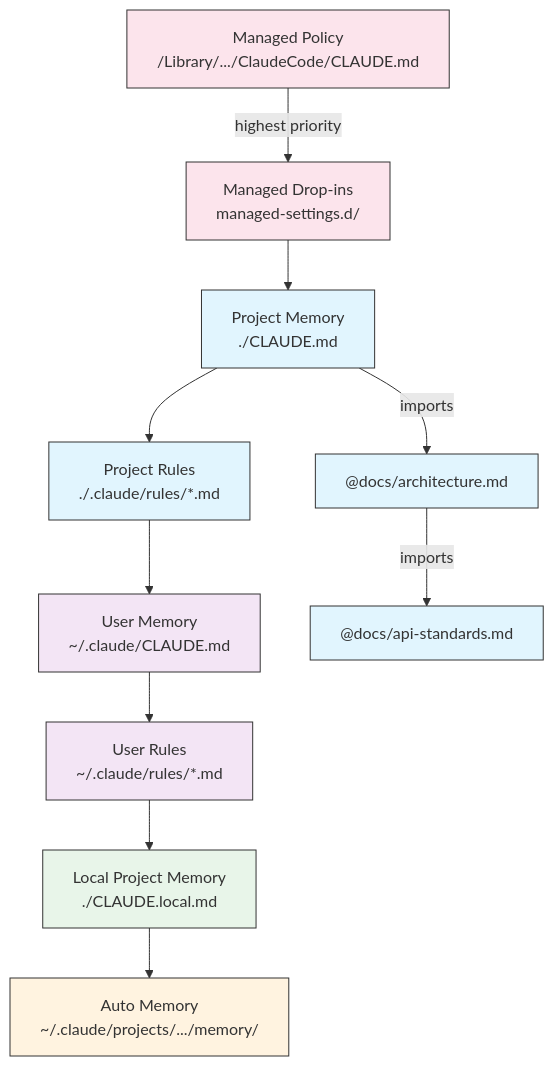
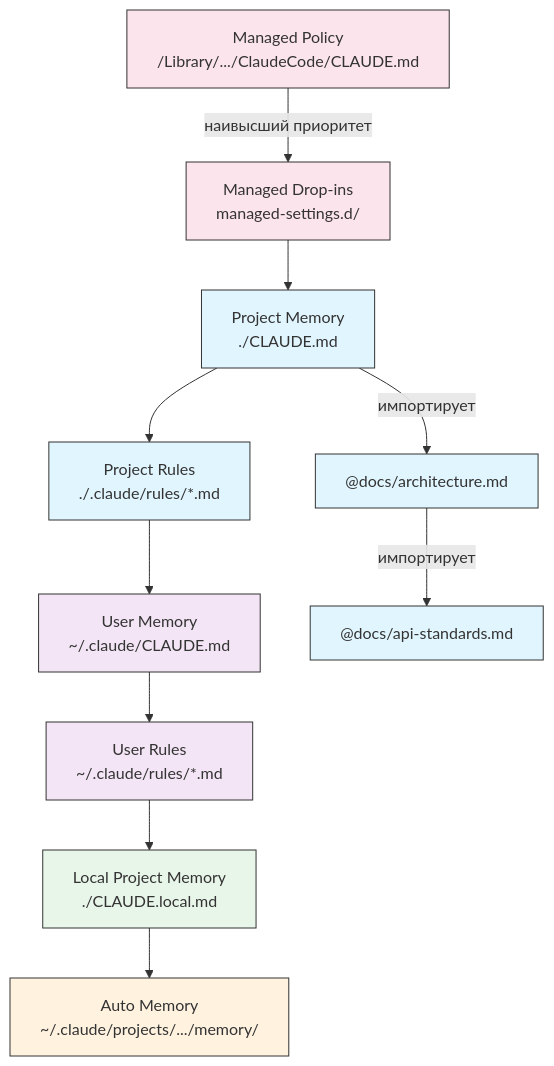
The second of 5 diagrams in 02-memory/README.md (srpvpn/claude-howto-ru), drawn with Mermaid before and after one commit. The commit also changed other lines of this file and 7 other files, not shown here.

````diff
--- a/02-memory/README.md
+++ b/02-memory/README.md
@@ -260,24 +260,24 @@
 ```mermaid
 graph TD
-    A["Managed Policy<br/>/Library/.../ClaudeCode/CLAUDE.md"] -->|highest priority| A2["Managed Drop-ins<br/>managed-settings.d/"]
+    A["Managed Policy<br/>/Library/.../ClaudeCode/CLAUDE.md"] -->|наивысший приоритет| A2["Managed Drop-ins<br/>managed-settings.d/"]
     A2 --> B["Project Memory<br/>./CLAUDE.md"]
     B --> C["Project Rules<br/>./.claude/rules/*.md"]
     C --> D["User Memory<br/>~/.claude/CLAUDE.md"]
     D --> E["User Rules<br/>~/.claude/rules/*.md"]
     E --> F["Local Project Memory<br/>./CLAUDE.local.md"]
     F --> G["Auto Memory<br/>~/.claude/projects/.../memory/"]
 
-    B -->|imports| H["@docs/architecture.md"]
-    H -->|imports| I["@docs/api-standards.md"]
+    B -->|импортирует| H["@docs/architecture.md"]
+    H -->|импортирует| I["@docs/api-standards.md"]
 
     style A fill:#fce4ec,stroke:#333,color:#333
     style A2 fill:#fce4ec,stroke:#333,color:#333
     style B fill:#e1f5fe,stroke:#333,color:#333
     style C fill:#e1f5fe,stroke:#333,color:#333
     style D fill:#f3e5f5,stroke:#333,color:#333
     style E fill:#f3e5f5,stroke:#333,color:#333
     style F fill:#e8f5e9,stroke:#333,color:#333
     style G fill:#fff3e0,stroke:#333,color:#333
     style H fill:#e1f5fe,stroke:#333,color:#333
     style I fill:#e1f5fe,stroke:#333,color:#333
 ```
````
